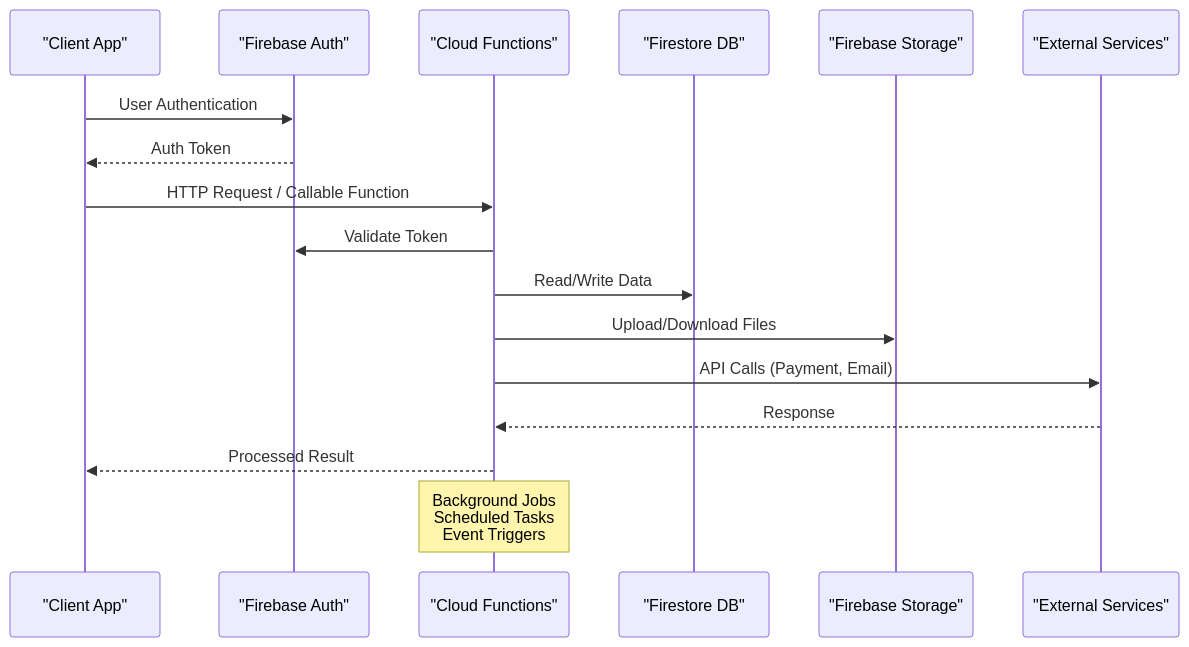
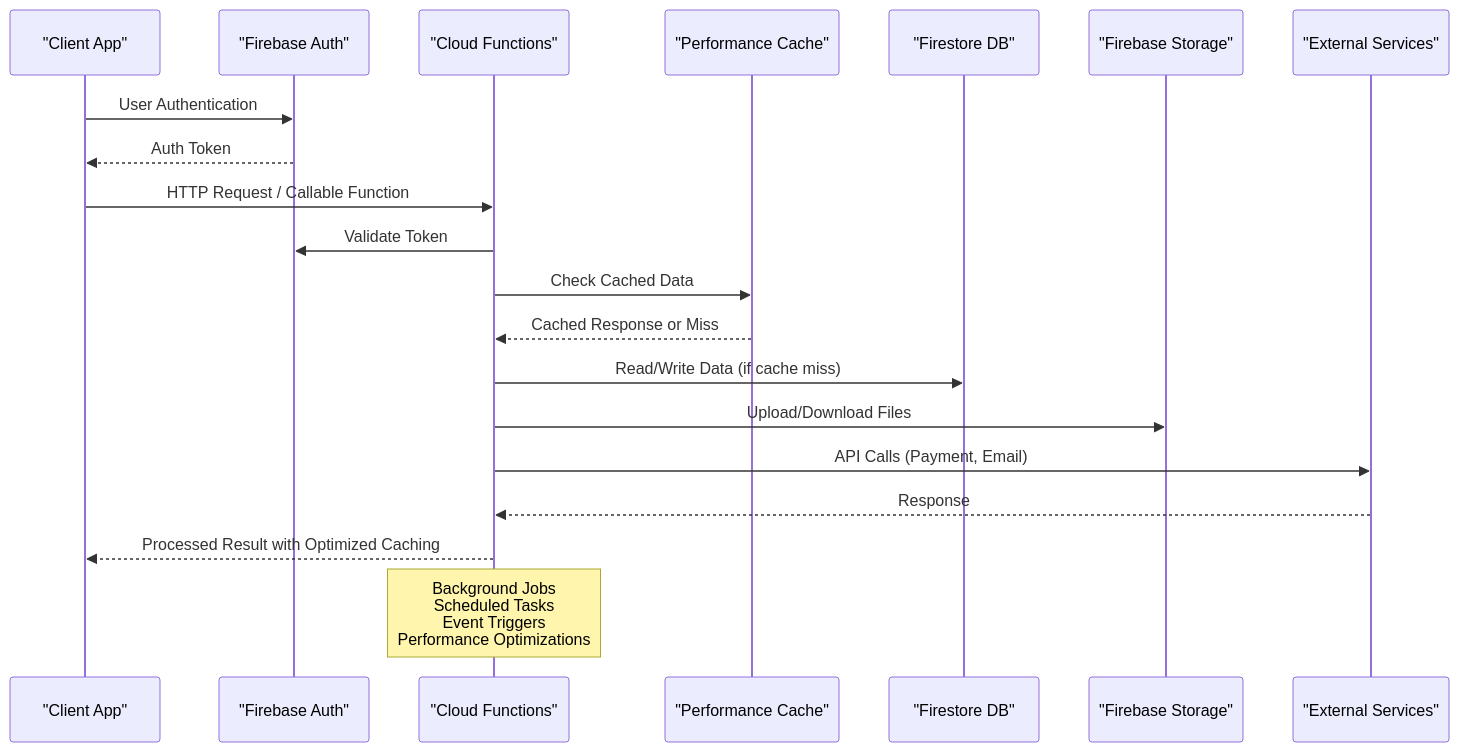
The second of 14 diagrams in .qoder/repowiki/en/content/Cloud Functions & Backend Services/Cloud Functions & Backend Services.md (raihom-netizen/com.gestaoyahwehios.app), drawn with Mermaid before and after one commit. The commit also changed other lines of this file and 504 other files, not shown here.

````diff
--- a/.qoder/repowiki/en/content/Cloud Functions & Backend Services/Cloud Functions & Backend Services.md
+++ b/.qoder/repowiki/en/content/Cloud Functions & Backend Services/Cloud Functions & Backend Services.md
@@ -131,19 +159,22 @@
 ```mermaid
 sequenceDiagram
 participant Client as "Client App"
 participant Auth as "Firebase Auth"
 participant Functions as "Cloud Functions"
+participant Cache as "Performance Cache"
 participant Firestore as "Firestore DB"
 participant Storage as "Firebase Storage"
 participant External as "External Services"
 Client->>Auth : User Authentication
 Auth-->>Client : Auth Token
 Client->>Functions : HTTP Request / Callable Function
 Functions->>Auth : Validate Token
-Functions->>Firestore : Read/Write Data
+Functions->>Cache : Check Cached Data
+Cache-->>Functions : Cached Response or Miss
+Functions->>Firestore : Read/Write Data (if cache miss)
 Functions->>Storage : Upload/Download Files
 Functions->>External : API Calls (Payment, Email)
 External-->>Functions : Response
-Functions-->>Client : Processed Result
-Note over Functions : Background Jobs<br/>Scheduled Tasks<br/>Event Triggers
+Functions-->>Client : Processed Result with Optimized Caching
+Note over Functions : Background Jobs<br/>Scheduled Tasks<br/>Event Triggers<br/>Performance Optimizations
 ```
````
